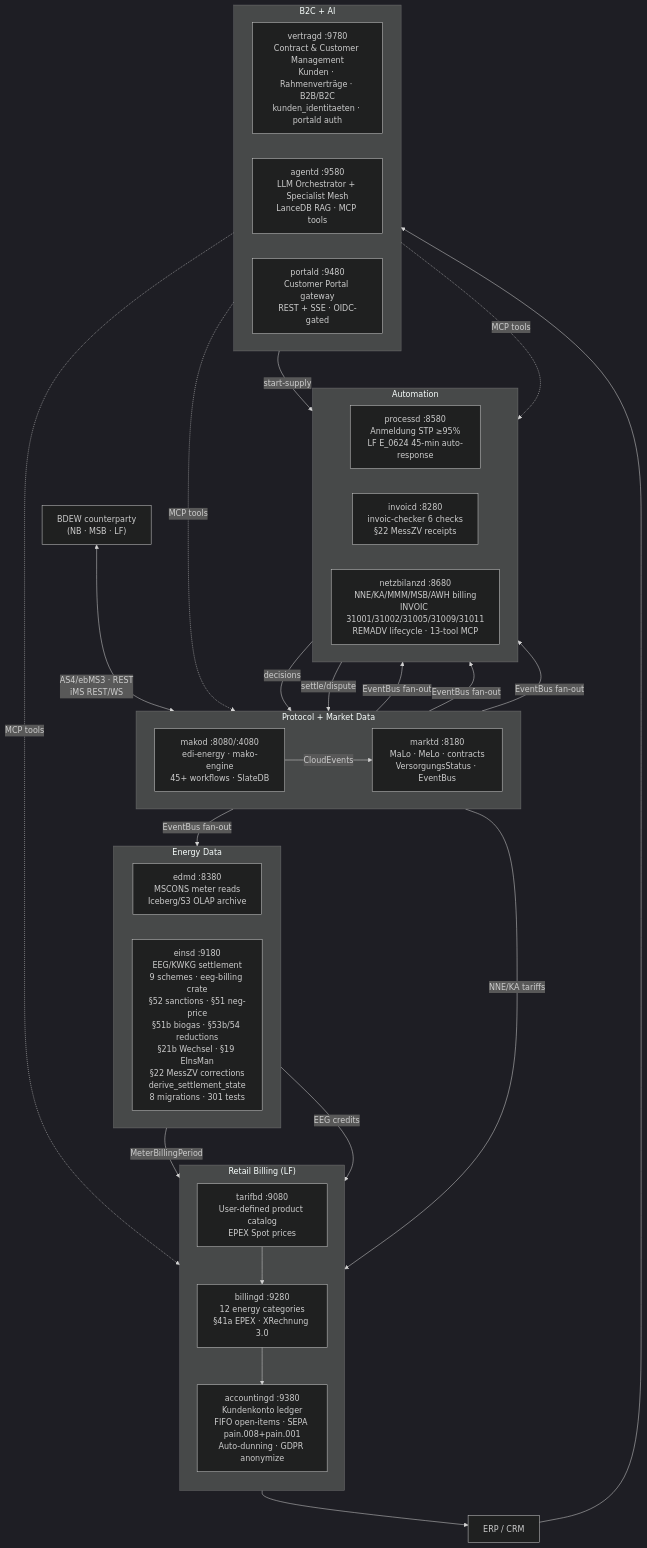
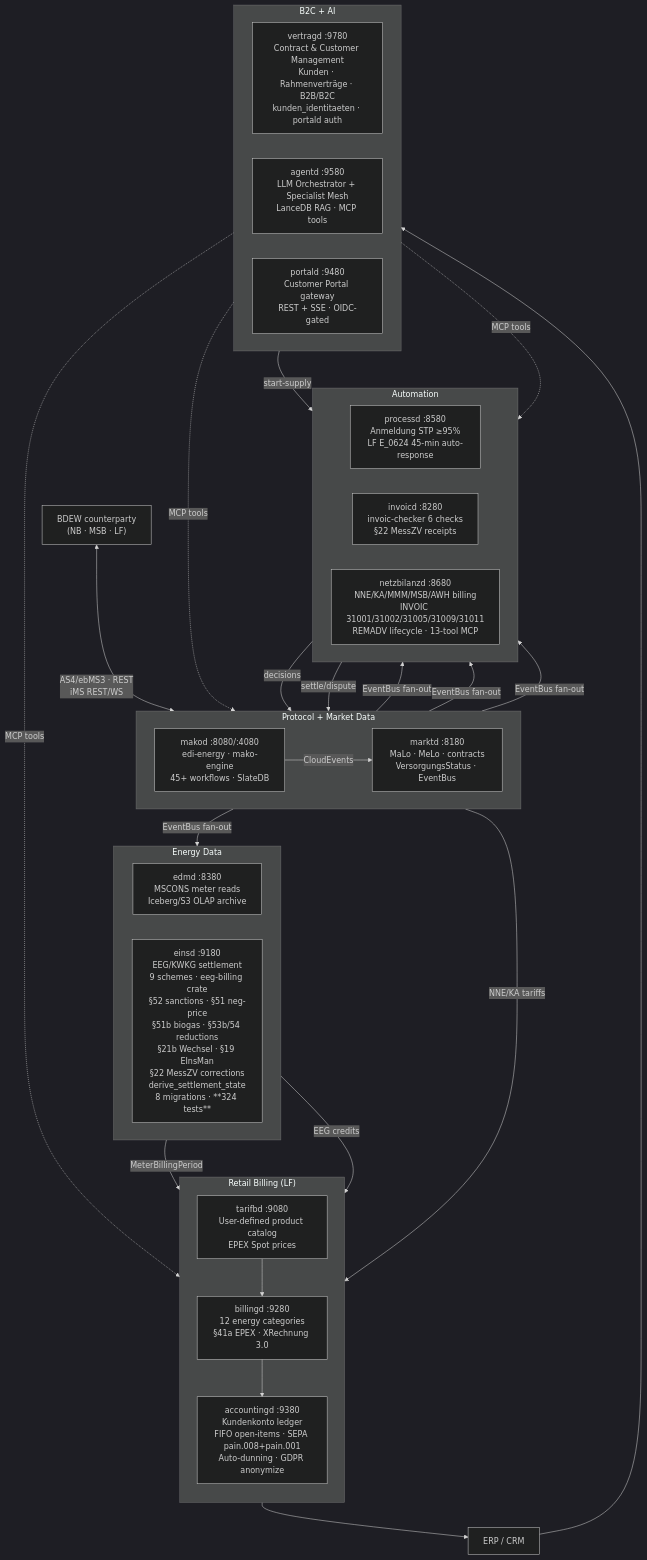
One commit to hupe1980/mako changed the diagram in docs/index.md. Above: the diagram before and after it, drawn with Mermaid (dark theme). The commit also changed other lines of this file and 12 other files, not shown here.

````diff
--- a/docs/index.md
+++ b/docs/index.md
@@ -299,51 +299,51 @@
 ```mermaid
 graph TB
     BDEW["BDEW counterparty\n(NB · MSB · LF)"]
 
     subgraph core ["Protocol + Market Data"]
         direction LR
         makod["makod :8080/:4080\nedi-energy · mako-engine\n45+ workflows · SlateDB"]
         marktd["marktd :8180\nMaLo · MeLo · contracts\nVersorgungsStatus · EventBus"]
         makod -->|"CloudEvents"| marktd
     end
 
     subgraph auto ["Automation"]
         direction LR
         processd["processd :8580\nAnmeldung STP ≥95%\nLF E_0624 45-min auto-response"]
         invoicd["invoicd :8280\ninvoic-checker 6 checks\n§22 MessZV receipts"]
         netzbilanzd["netzbilanzd :8680\nNNE/KA/MMM/MSB/AWH billing\nINVOIC 31001/31002/31005/31009/31011\nREMADV lifecycle · 13-tool MCP"]
     end
 
     subgraph energy ["Energy Data"]
         direction LR
         edmd["edmd :8380\nMSCONS meter reads\nIceberg/S3 OLAP archive"]
-        einsd["einsd :9180\nEEG/KWKG settlement\n9 schemes · eeg-billing crate\n§52 sanctions · §51 neg-price\n§51b biogas · §53b/54 reductions\n§21b Wechsel · §19 EInsMan\n§22 MessZV corrections\nderive_settlement_state\n8 migrations · 301 tests"]
+        einsd["einsd :9180\nEEG/KWKG settlement\n9 schemes · eeg-billing crate\n§52 sanctions · §51 neg-price\n§51b biogas · §53b/54 reductions\n§21b Wechsel · §19 EInsMan\n§22 MessZV corrections\nderive_settlement_state\n8 migrations · **324 tests**"]
     end
 
     subgraph retail ["Retail Billing (LF)"]
         direction TB
         tarifbd["tarifbd :9080\nUser-defined product catalog\nEPEX Spot prices"]
         billingd["billingd :9280\n12 energy categories\n§41a EPEX · XRechnung 3.0"]
         accountingd["accountingd :9380\nKundenkonto ledger\nFIFO open-items · SEPA pain.008+pain.001\nAuto-dunning · GDPR anonymize"]
         tarifbd --> billingd --> accountingd
     end
 
     subgraph b2c ["B2C + AI"]
         direction LR
         vertragd["vertragd :9780\nContract & Customer Management\nKunden · Rahmenverträge · B2B/B2C\nkunden_identitaeten · portald auth"]
         agentd["agentd :9580\nLLM Orchestrator + Specialist Mesh\nLanceDB RAG · MCP tools"]
         portald["portald :9480\nCustomer Portal gateway\nREST + SSE · OIDC-gated"]
     end
 
     BDEW <-->|"AS4/ebMS3 · REST\niMS REST/WS"| makod
     marktd -->|"EventBus fan-out"| processd & invoicd & edmd & auto
     processd -->|"decisions"| makod
     invoicd -->|"settle/dispute"| makod
     edmd -->|"MeterBillingPeriod"| billingd
     marktd -->|"NNE/KA tariffs"| billingd
     einsd -->|"EEG credits"| accountingd
     vertragd -->|"start-supply"| processd
     agentd -.->|"MCP tools"| core & retail & auto
     ERP["ERP / CRM"] --> vertragd
     accountingd --> ERP
 ```
````
